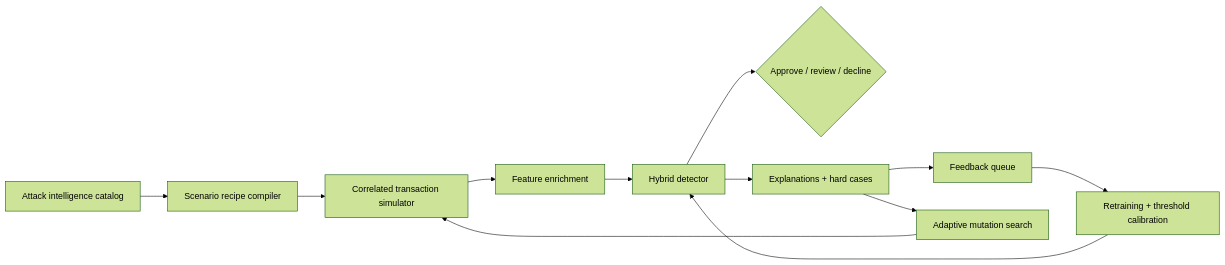
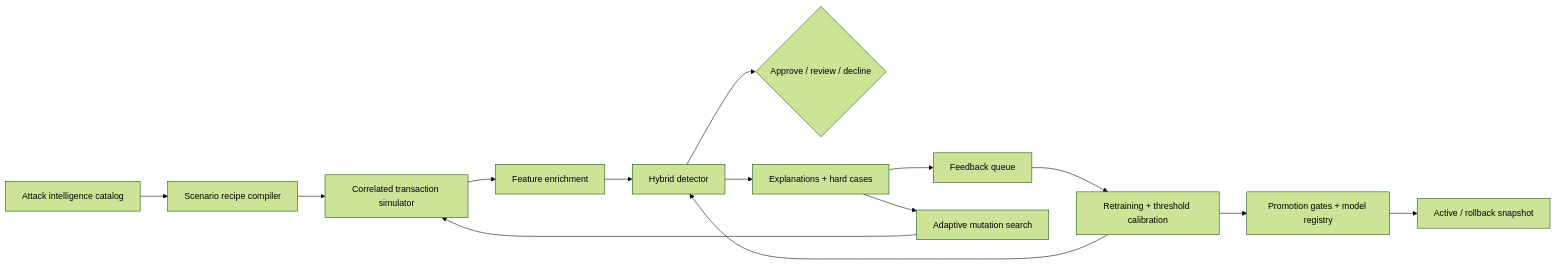
The diagram in docs/architecture.md (agnishant14/MasterShield), drawn with Mermaid (forest theme) before and after one commit. The commit also changed other lines of this file and 14 other files, not shown here.

````diff
--- a/docs/architecture.md
+++ b/docs/architecture.md
@@ -5,14 +5,16 @@
 ```mermaid
 flowchart LR
     A[Attack intelligence catalog] --> B[Scenario recipe compiler]
     B --> C[Correlated transaction simulator]
     C --> D[Feature enrichment]
     D --> E[Hybrid detector]
     E --> F{Approve / review / decline}
     E --> G[Explanations + hard cases]
     G --> H[Feedback queue]
     G --> J[Adaptive mutation search]
     J --> C
     H --> I[Retraining + threshold calibration]
     I --> E
+    I --> K[Promotion gates + model registry]
+    K --> L[Active / rollback snapshot]
 ```
````
